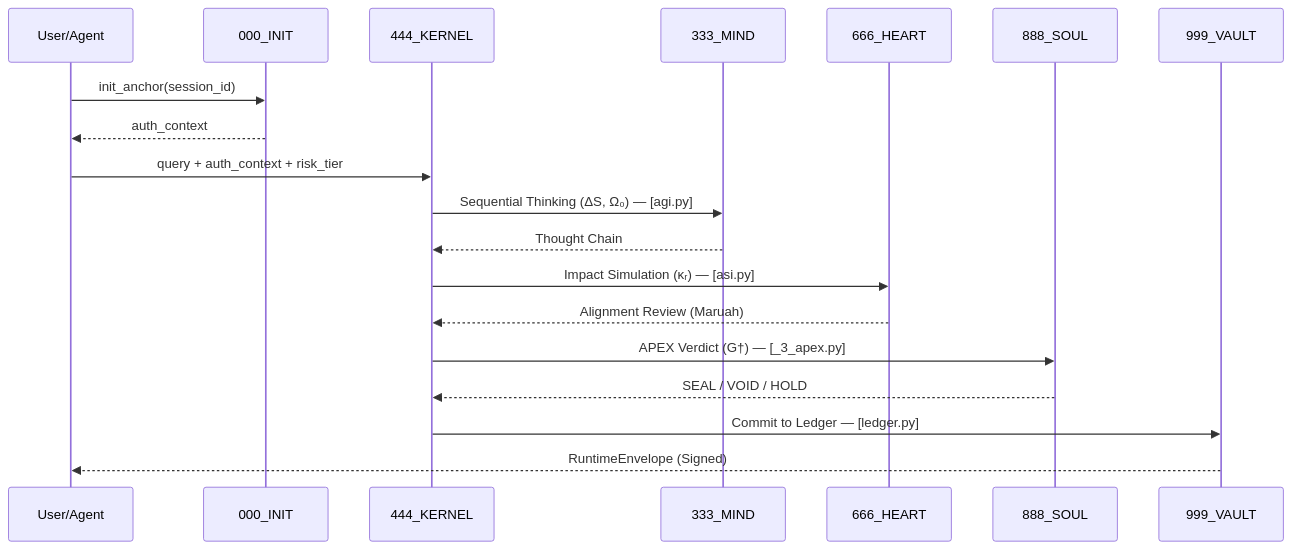
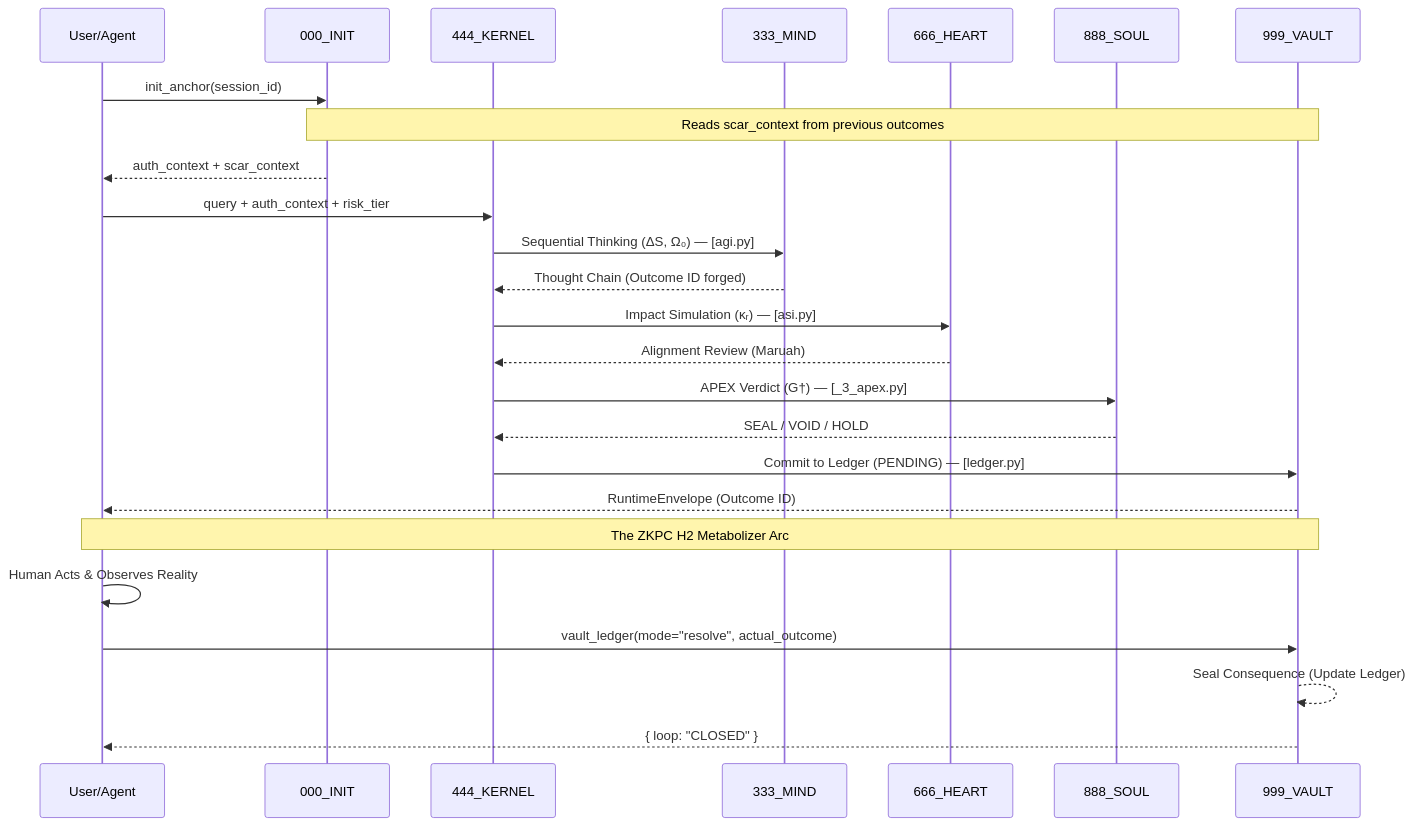
One commit to ariffazil/arifos changed the second of 3 diagrams in README.md. Above: the diagram before and after it, drawn with Mermaid. The commit also changed other lines of this file, not shown here.

Commit message:
docs(core): seal ZKPC 000-999 sequence of truth and metabolizer loop

````diff
--- a/README.md
+++ b/README.md
@@ -246,22 +246,28 @@
 ```mermaid
 sequenceDiagram
     participant U as User/Agent
     participant I as 000_INIT
     participant K as 444_KERNEL
     participant M as 333_MIND
     participant H as 666_HEART
     participant A as 888_SOUL
     participant V as 999_VAULT
 
     U->>I: init_anchor(session_id)
-    I-->>U: auth_context
+    Note over I,V: Reads scar_context from previous outcomes
+    I-->>U: auth_context + scar_context
     U->>K: query + auth_context + risk_tier
     K->>M: Sequential Thinking (ΔS, Ω₀) — [agi.py]
-    M-->>K: Thought Chain
+    M-->>K: Thought Chain (Outcome ID forged)
     K->>H: Impact Simulation (κᵣ) — [asi.py]
     H-->>K: Alignment Review (Maruah)
     K->>A: APEX Verdict (G†) — [_3_apex.py]
     A-->>K: SEAL / VOID / HOLD
-    K->>V: Commit to Ledger — [ledger.py]
-    V-->>U: RuntimeEnvelope (Signed)
+    K->>V: Commit to Ledger (PENDING) — [ledger.py]
+    V-->>U: RuntimeEnvelope (Outcome ID)
+    Note over U,V: The ZKPC H2 Metabolizer Arc
+    U->>U: Human Acts & Observes Reality
+    U->>V: vault_ledger(mode="resolve", actual_outcome)
+    V-->>V: Seal Consequence (Update Ledger)
+    V-->>U: { loop: "CLOSED" }
 ```
````
